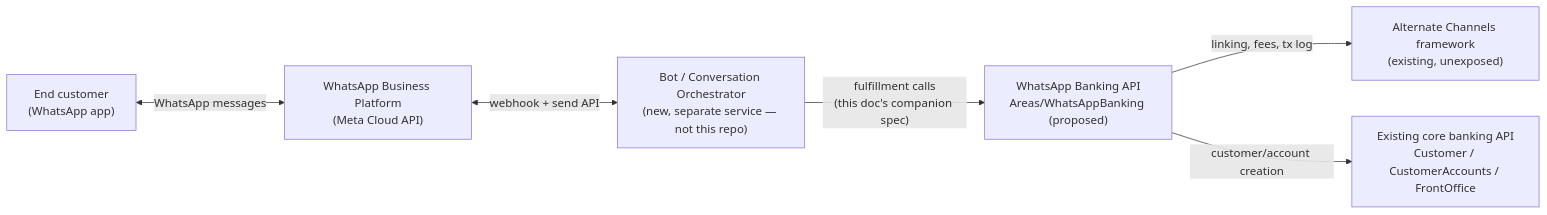
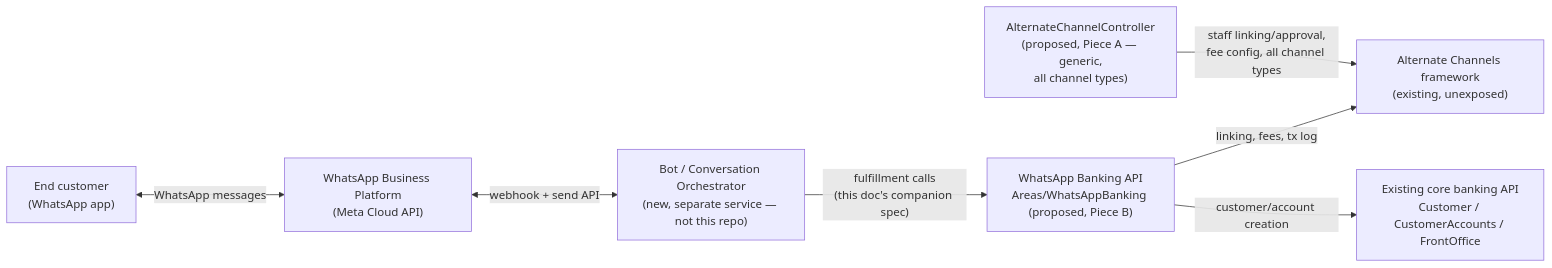
Before and after one commit to calvince-swizzsoft/Swift-Financials-FOSA: the first of 4 diagrams in WebApplication1/Areas/WhatsAppBanking/WORKFLOW.md, drawn with Mermaid. The commit also changed other lines of this file and 1 other file, not shown here.

First line of the commit message:
Split WhatsApp Banking backend work into two sequenced pieces

````diff
--- a/WebApplication1/Areas/WhatsAppBanking/WORKFLOW.md
+++ b/WebApplication1/Areas/WhatsAppBanking/WORKFLOW.md
@@ -59,15 +68,17 @@
 ```mermaid
 flowchart LR
     Customer["End customer\n(WhatsApp app)"]
     Meta["WhatsApp Business Platform\n(Meta Cloud API)"]
     Bot["Bot / Conversation Orchestrator\n(new, separate service — not this repo)"]
-    API["WhatsApp Banking API\nAreas/WhatsAppBanking (proposed)"]
+    API["WhatsApp Banking API\nAreas/WhatsAppBanking (proposed, Piece B)"]
+    AltChanCtrl["AlternateChannelController\n(proposed, Piece A — generic,\nall channel types)"]
     AltChan["Alternate Channels framework\n(existing, unexposed)"]
     Core["Existing core banking API\nCustomer / CustomerAccounts / FrontOffice"]
 
     Customer <-->|WhatsApp messages| Meta
     Meta <-->|webhook + send API| Bot
     Bot -->|"fulfillment calls\n(this doc's companion spec)"| API
     API -->|"linking, fees, tx log"| AltChan
     API -->|"customer/account creation"| Core
+    AltChanCtrl -->|"staff linking/approval,\nfee config, all channel types"| AltChan
 ```
````
